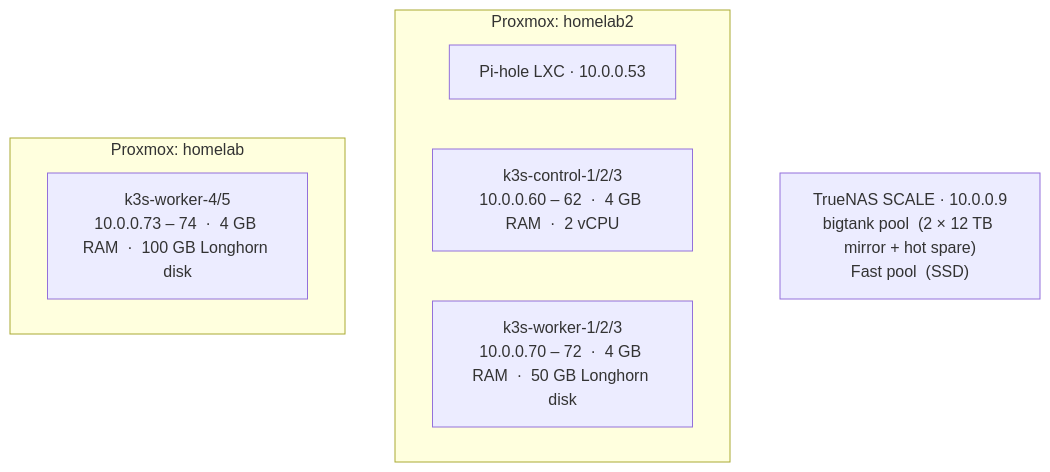
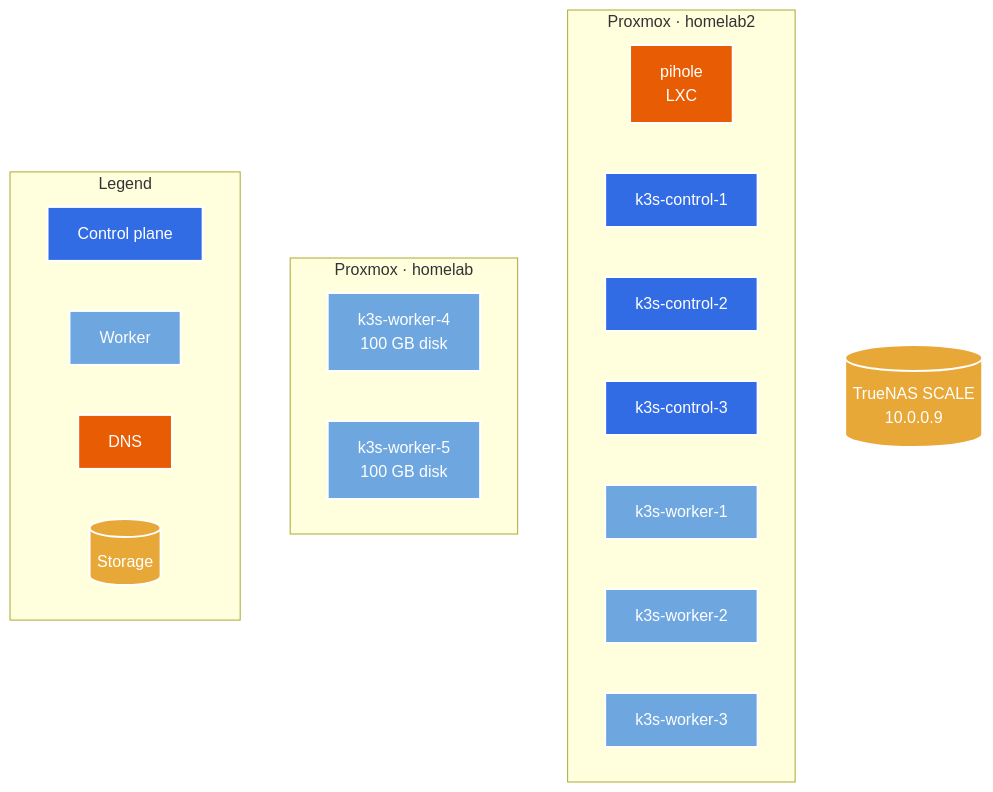
The first of 5 diagrams in docs/architecture.md (byeich/homelab), drawn with Mermaid before and after one commit. The commit also changed other lines of this file and 1 other file, not shown here.

Commit message:
diagram updates

````diff
--- a/docs/architecture.md
+++ b/docs/architecture.md
@@ -7,14 +7,37 @@
 ```mermaid
-graph TB
-    subgraph prox2["Proxmox: homelab2"]
-        pihole["Pi-hole LXC · 10.0.0.53"]
-        ctrl["k3s-control-1/2/3\n10.0.0.60 – 62  ·  4 GB RAM  ·  2 vCPU"]
-        wrk123["k3s-worker-1/2/3\n10.0.0.70 – 72  ·  4 GB RAM  ·  50 GB Longhorn disk"]
+flowchart TB
+    subgraph prox2["Proxmox · homelab2"]
+        pihole["pihole\nLXC"]
+        ctrl1["k3s-control-1"]
+        ctrl2["k3s-control-2"]
+        ctrl3["k3s-control-3"]
+        wrk1["k3s-worker-1"]
+        wrk2["k3s-worker-2"]
+        wrk3["k3s-worker-3"]
     end
 
-    subgraph prox1["Proxmox: homelab"]
-        wrk45["k3s-worker-4/5\n10.0.0.73 – 74  ·  4 GB RAM  ·  100 GB Longhorn disk"]
+    subgraph prox1["Proxmox · homelab"]
+        wrk4["k3s-worker-4\n100 GB disk"]
+        wrk5["k3s-worker-5\n100 GB disk"]
     end
 
-    truenas["TrueNAS SCALE · 10.0.0.9\nbigtank pool  (2 × 12 TB mirror + hot spare)\nFast pool  (SSD)"]
+    truenas[("TrueNAS SCALE\n10.0.0.9")]
+
+    subgraph legend["Legend"]
+        direction LR
+        lc["Control plane"]:::control
+        lw["Worker"]:::worker
+        ld["DNS"]:::dns
+        ls[("Storage")]:::nas
+    end
+
+    classDef control fill:#326ce5,stroke:#fff,stroke-width:2px,color:#fff
+    classDef worker  fill:#6ea6e0,stroke:#fff,stroke-width:2px,color:#fff
+    classDef dns     fill:#e85d04,stroke:#fff,stroke-width:2px,color:#fff
+    classDef nas     fill:#e8a838,stroke:#fff,stroke-width:2px,color:#fff
+
+    class ctrl1,ctrl2,ctrl3,lc control
+    class wrk1,wrk2,wrk3,wrk4,wrk5,lw worker
+    class pihole,ld dns
+    class truenas,ls nas
 ```
````
